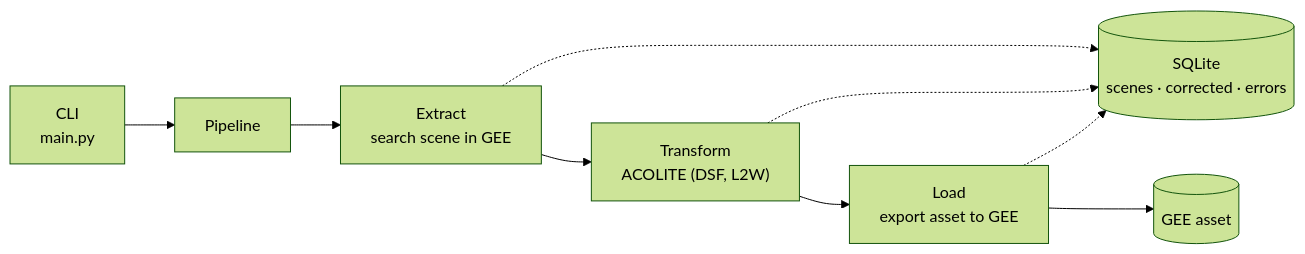
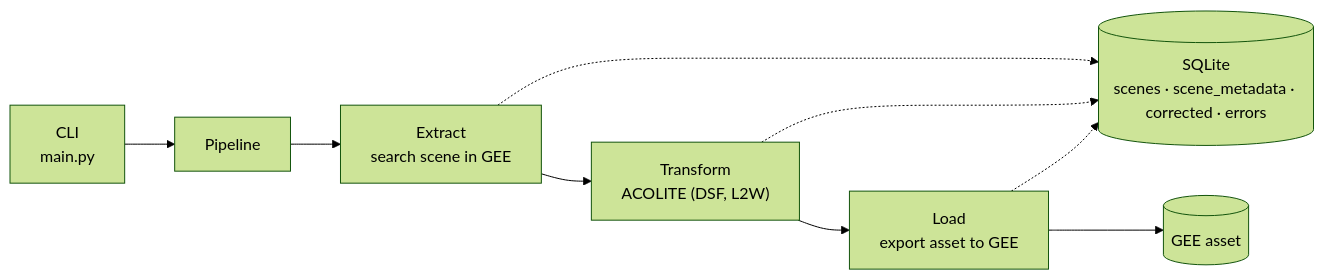
One commit to Aouei/sentinel2-correction-with-acolite changed the diagram in README.md. Above: the diagram before and after it, drawn with Mermaid (forest theme). The commit also changed other lines of this file and 2 other files, not shown here.

First line of the commit message:
feat(scripts): backfill scene_metadata for scenes processed earlier

````diff
--- a/README.md
+++ b/README.md
@@ -33,11 +33,11 @@
 ```mermaid
 flowchart LR
     CLI["CLI<br/>main.py"] --> P["Pipeline"]
     P --> E["Extract<br/>search scene in GEE"]
     E --> T["Transform<br/>ACOLITE (DSF, L2W)"]
     T --> L["Load<br/>export asset to GEE"]
-    E -.-> DB[("SQLite<br/>scenes · corrected · errors")]
+    E -.-> DB[("SQLite<br/>scenes · scene_metadata · corrected · errors")]
     T -.-> DB
     L -.-> DB
     L --> A[("GEE asset")]
 ```
````
